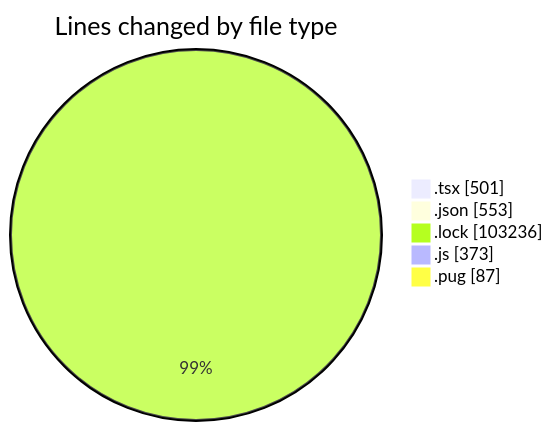
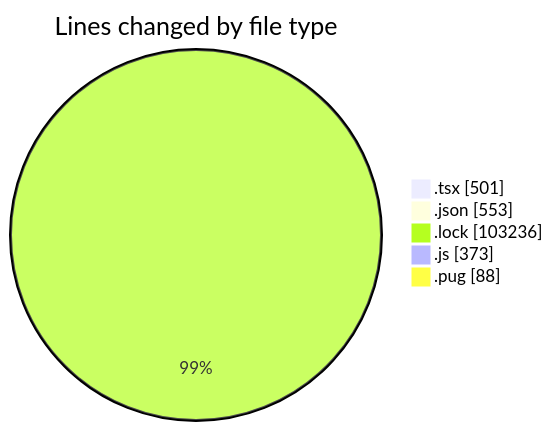
The first of 2 diagrams in 2025-03-10/cda/README.md (momahboobian/code-tracking), drawn with Mermaid before and after one commit. The commit also changed other lines of this file and 1 other file, not shown here.

````diff
--- a/2025-03-10/cda/README.md
+++ b/2025-03-10/cda/README.md
@@ -45,9 +45,9 @@
 ```mermaid
 pie showData
 title Lines changed by file type
 ".tsx" : 501
 ".json" : 553
 ".lock" : 103236
 ".js" : 373
-".pug" : 87
+".pug" : 88
 ```
````
